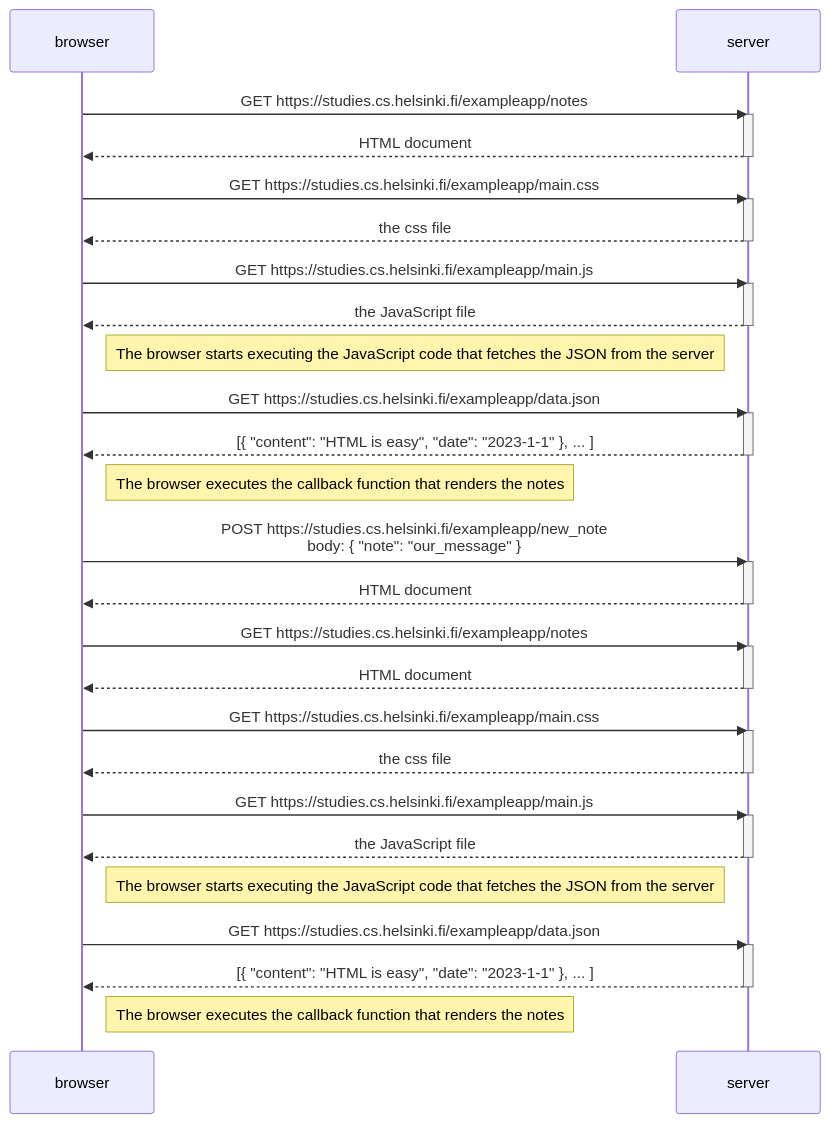
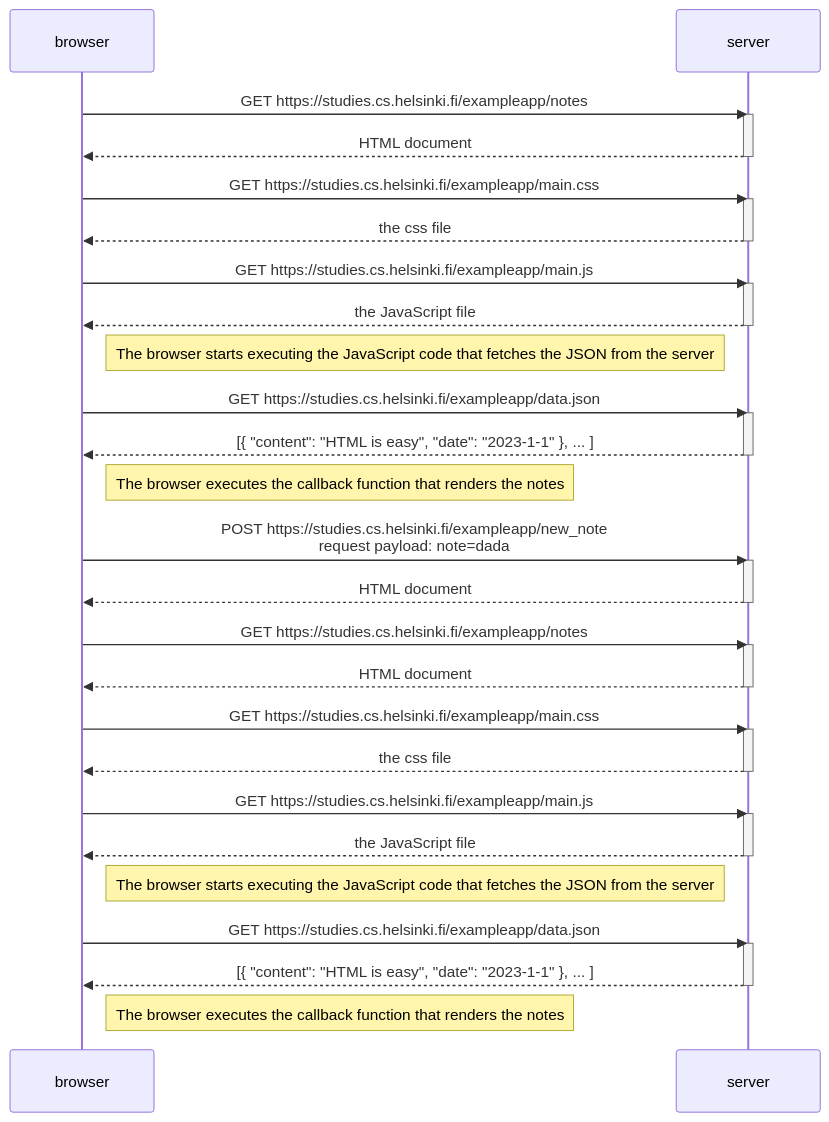
Before and after one commit to SkySock/fullstackopen: the diagram in part0/new_note_diagram.md, drawn with Mermaid. The commit also changed 2 other files, not shown here.

Commit message:
0.5 - 0.6

````diff
--- a/part0/new_note_diagram.md
+++ b/part0/new_note_diagram.md
@@ -1,59 +1,59 @@
 ```mermaid
 sequenceDiagram
     participant browser
     participant server
 
     browser->>server: GET https://studies.cs.helsinki.fi/exampleapp/notes
     activate server
     server-->>browser: HTML document
     deactivate server
 
     browser->>server: GET https://studies.cs.helsinki.fi/exampleapp/main.css
     activate server
     server-->>browser: the css file
     deactivate server
 
     browser->>server: GET https://studies.cs.helsinki.fi/exampleapp/main.js
     activate server
     server-->>browser: the JavaScript file
     deactivate server
 
     Note right of browser: The browser starts executing the JavaScript code that fetches the JSON from the server
 
     browser->>server: GET https://studies.cs.helsinki.fi/exampleapp/data.json
     activate server
     server-->>browser: [{ "content": "HTML is easy", "date": "2023-1-1" }, ... ]
     deactivate server
 
     Note right of browser: The browser executes the callback function that renders the notes
 
-    browser->>server: POST https://studies.cs.helsinki.fi/exampleapp/new_note <br/>body: { "note": "our_message" }
+    browser->>server: POST https://studies.cs.helsinki.fi/exampleapp/new_note <br/>request payload: note=dada
     
     activate server
     server-->>browser: HTML document
     deactivate server
 
     browser->>server: GET https://studies.cs.helsinki.fi/exampleapp/notes
     activate server
     server-->>browser: HTML document
     deactivate server
 
     browser->>server: GET https://studies.cs.helsinki.fi/exampleapp/main.css
     activate server
     server-->>browser: the css file
     deactivate server
 
     browser->>server: GET https://studies.cs.helsinki.fi/exampleapp/main.js
     activate server
     server-->>browser: the JavaScript file
     deactivate server
 
     Note right of browser: The browser starts executing the JavaScript code that fetches the JSON from the server
 
     browser->>server: GET https://studies.cs.helsinki.fi/exampleapp/data.json
     activate server
     server-->>browser: [{ "content": "HTML is easy", "date": "2023-1-1" }, ... ]
     deactivate server
 
     Note right of browser: The browser executes the callback function that renders the notes
 ```
````
